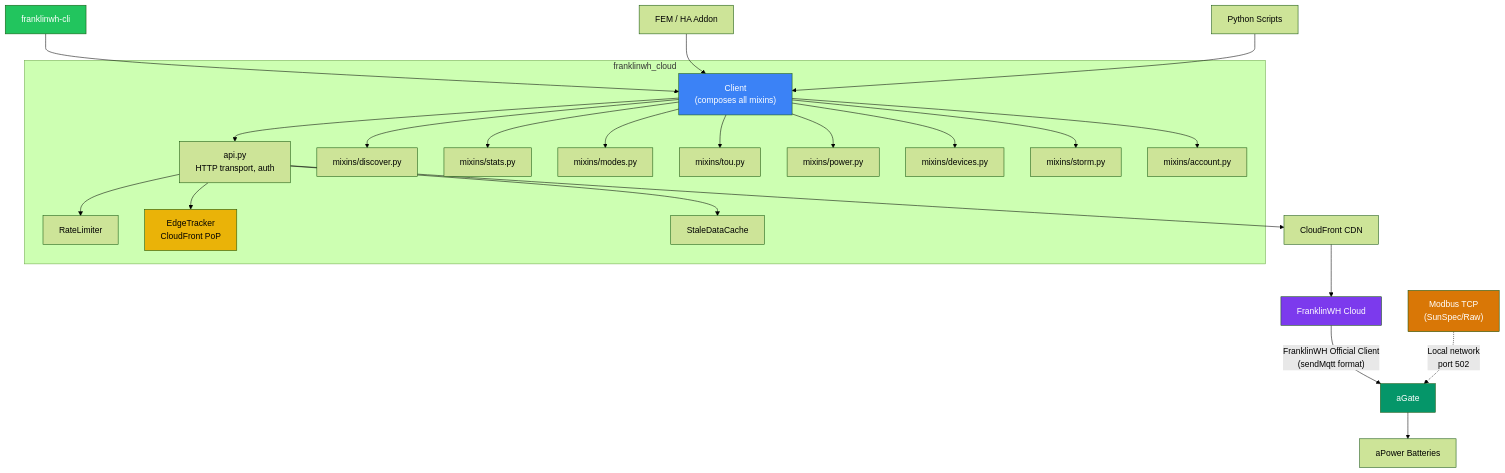
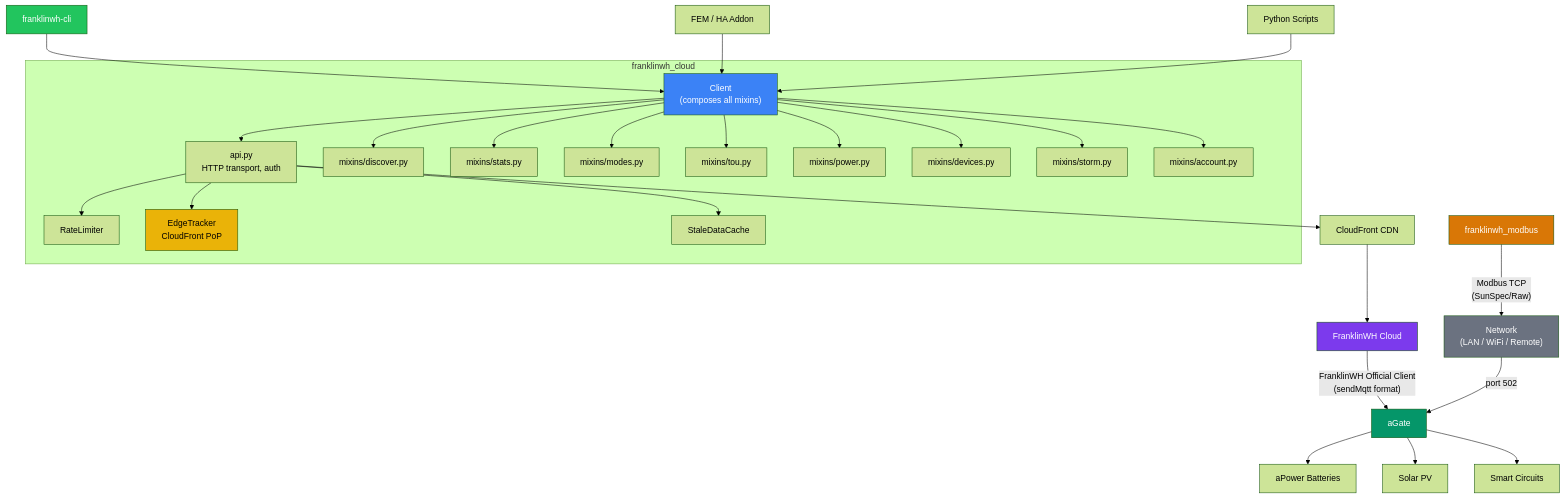
One commit to david2069/franklinwh-cloud changed the diagram in README.md. Above: the diagram before and after it, drawn with Mermaid (forest theme). The commit also changed 1 other file, not shown here.

Commit message:
docs: architecture diagrams — add franklinwh_modbus client + network layer
- Modbus path: Your Code → franklinwh_modbus → Network (LAN/WiFi/Remote) → aGate
- aGate now shows downstream: aPower, Solar PV, Smart Circuits
- Updated both docs/index.md and README.md diagrams

````diff
--- a/README.md
+++ b/README.md
@@ -175,37 +175,42 @@
 ```mermaid
 graph TB
     CLI["franklinwh-cli"] --> Client
     FEM["FEM / HA Addon"] --> Client
     Scripts["Python Scripts"] --> Client
 
     subgraph "franklinwh_cloud"
         Client["Client<br/>(composes all mixins)"]
         Client --> API["api.py<br/>HTTP transport, auth"]
         API --> RL["RateLimiter"]
         API --> ET["EdgeTracker<br/>CloudFront PoP"]
         API --> SC["StaleDataCache"]
         
         Client --> Discover["mixins/discover.py"]
         Client --> Stats["mixins/stats.py"]
         Client --> Modes["mixins/modes.py"]
         Client --> TOU["mixins/tou.py"]
         Client --> Power["mixins/power.py"]
         Client --> Devices["mixins/devices.py"]
         Client --> Storm["mixins/storm.py"]
         Client --> Account["mixins/account.py"]
     end
 
     API --> CF["CloudFront CDN"]
     CF --> FW["FranklinWH Cloud"]
     FW -->|"FranklinWH Official Client<br/>(sendMqtt format)"| aGate[aGate]
 
-    Modbus["Modbus TCP<br/>(SunSpec/Raw)"] -.->|"Local network<br/>port 502"| aGate
+    MB["franklinwh_modbus"] -->|"Modbus TCP<br/>(SunSpec/Raw)"| Net["Network<br/>(LAN / WiFi / Remote)"]
+    Net -->|port 502| aGate
+
     aGate --> aPower[aPower Batteries]
+    aGate --> PV[Solar PV]
+    aGate --> SmC[Smart Circuits]
 
     style CLI fill:#22c55e,color:#fff
     style Client fill:#3b82f6,color:#fff
     style ET fill:#eab308,color:#000
     style FW fill:#7c3aed,color:#fff
-    style Modbus fill:#d97706,color:#fff
+    style MB fill:#d97706,color:#fff
+    style Net fill:#6b7280,color:#fff
     style aGate fill:#059669,color:#fff
 ```
````
